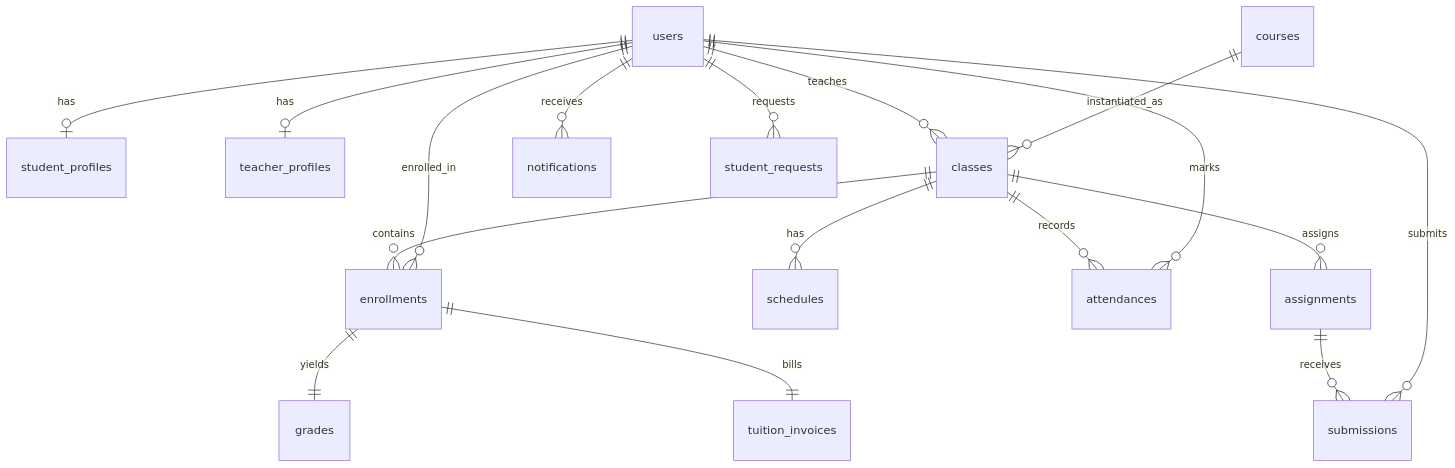
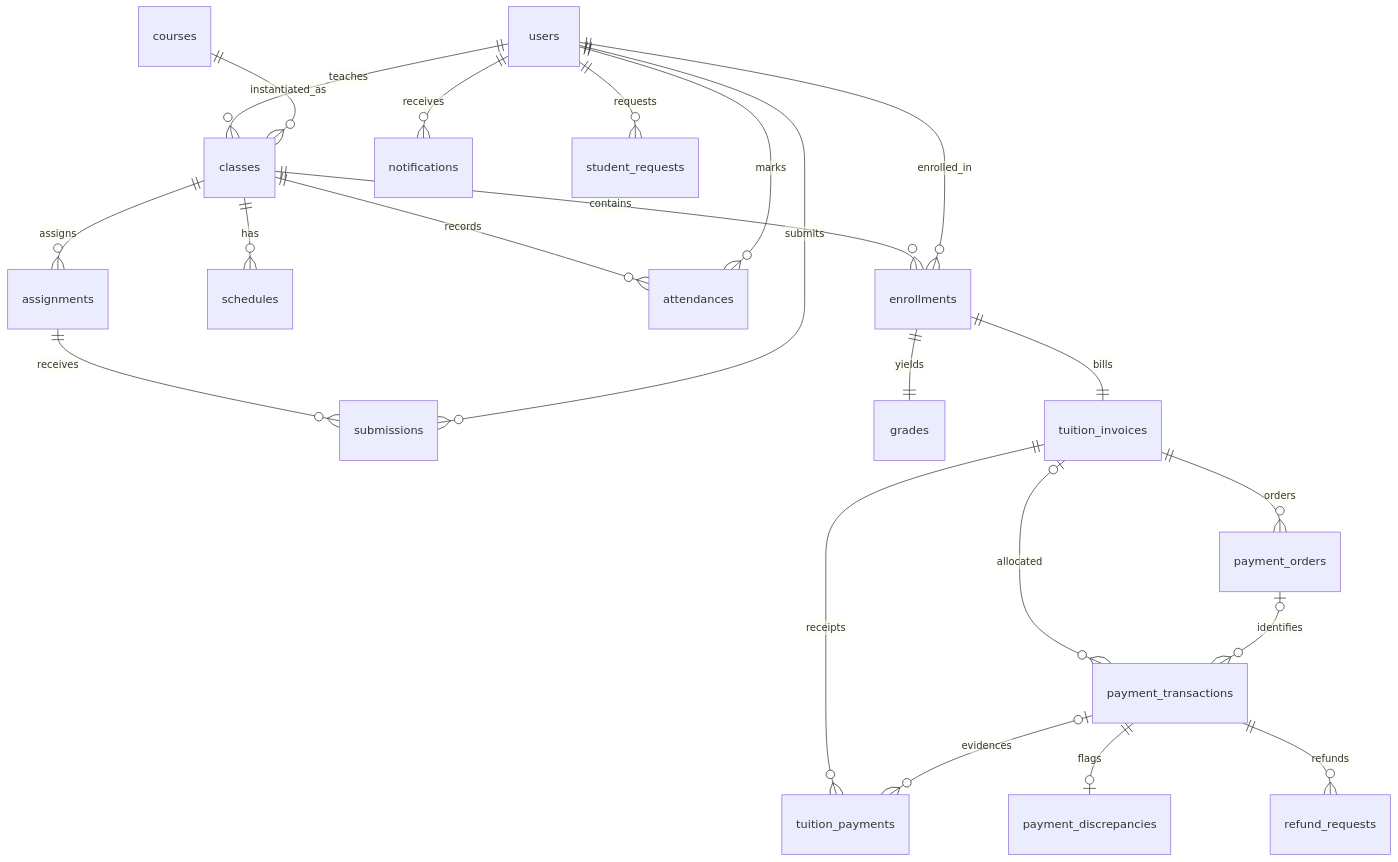
The third of 3 diagrams in Education Management System.md (tranminhtamtt/Education-Management-System), drawn with Mermaid before and after one commit. The commit also changed other lines of this file and 45 other files, not shown here.

````diff
--- a/Education Management System.md
+++ b/Education Management System.md
@@ -270,19 +297,24 @@
 ```mermaid
 erDiagram
-    users ||--o| student_profiles : has
-    users ||--o| teacher_profiles : has
     users ||--o{ classes : teaches
     courses ||--o{ classes : instantiated_as
     classes ||--o{ enrollments : contains
     users ||--o{ enrollments : enrolled_in
     classes ||--o{ schedules : has
     classes ||--o{ attendances : records
     users ||--o{ attendances : marks
     classes ||--o{ assignments : assigns
     assignments ||--o{ submissions : receives
     users ||--o{ submissions : submits
     enrollments ||--|| grades : yields
     enrollments ||--|| tuition_invoices : bills
+    tuition_invoices ||--o{ tuition_payments : receipts
+    tuition_invoices ||--o{ payment_orders : orders
+    tuition_invoices |o--o{ payment_transactions : allocated
+    payment_orders |o--o{ payment_transactions : identifies
+    payment_transactions |o--o{ tuition_payments : evidences
+    payment_transactions ||--o| payment_discrepancies : flags
+    payment_transactions ||--o{ refund_requests : refunds
     users ||--o{ notifications : receives
     users ||--o{ student_requests : requests
 ```
````
